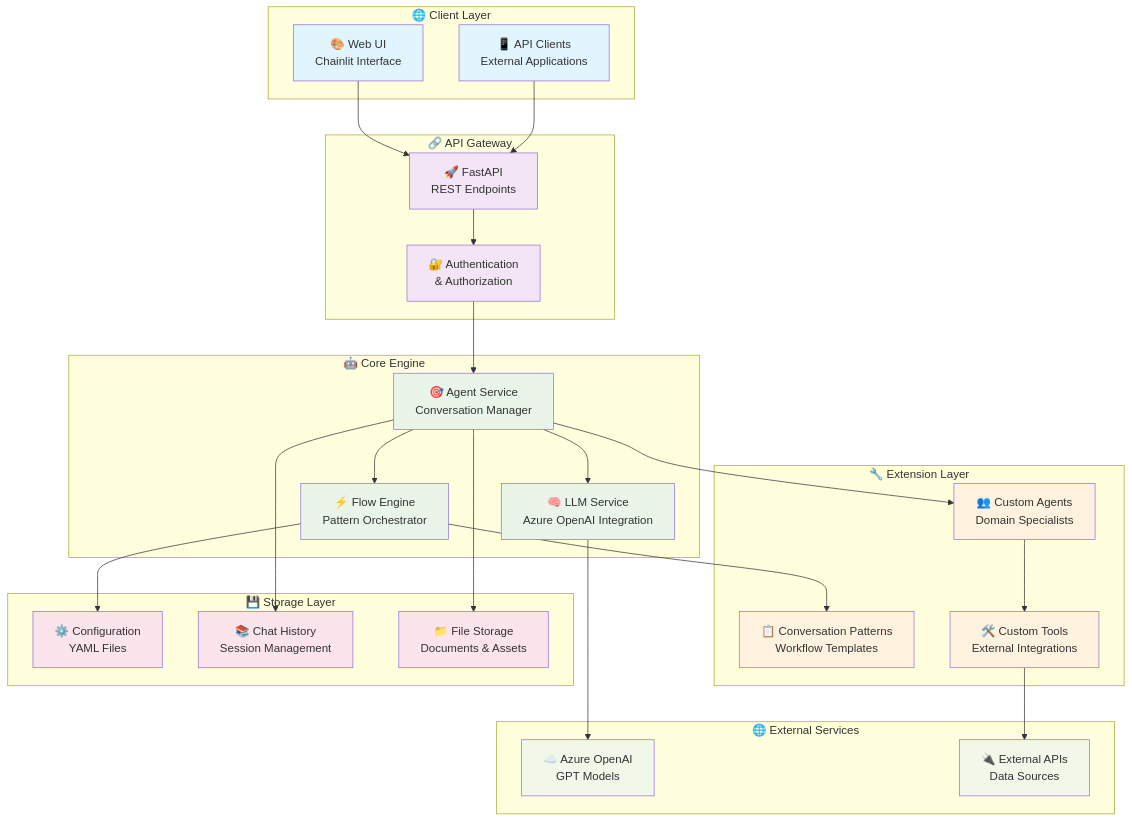
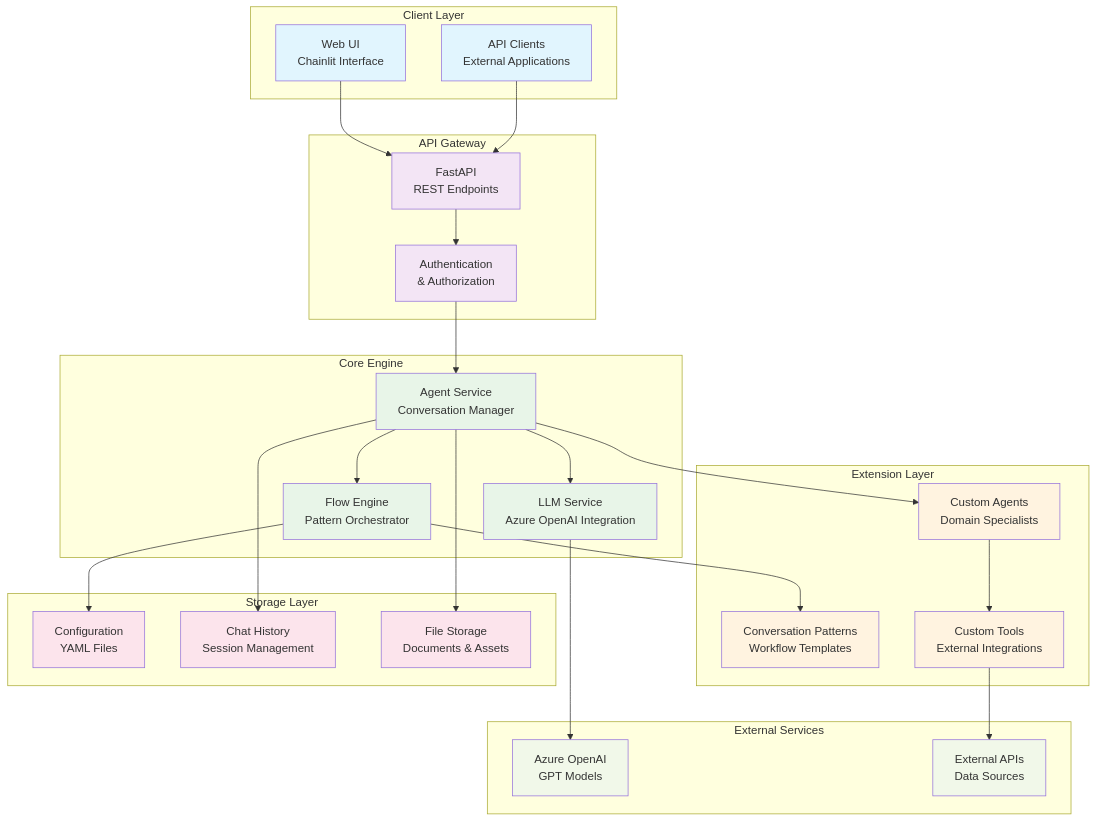
Before and after one commit to the-ingenious-dark-knight/Insight_Ingenious: the first of 13 diagrams in docs/architecture/README.md, drawn with Mermaid. The commit also changed other lines of this file and 13 other files, not shown here.

````diff
--- a/docs/architecture/README.md
+++ b/docs/architecture/README.md
@@ -20,64 +20,64 @@
 ```mermaid
 graph TB
-    subgraph "🌐 Client Layer"
-        UI[🎨 Web UI<br/>Chainlit Interface]
-        API_CLIENT[📱 API Clients<br/>External Applications]
+    subgraph "Client Layer"
+        UI[Web UI<br/>Chainlit Interface]
+        API_CLIENT[API Clients<br/>External Applications]
     end
     
-    subgraph "🔗 API Gateway"
-        API[🚀 FastAPI<br/>REST Endpoints]
-        AUTH[🔐 Authentication<br/>& Authorization]
+    subgraph "API Gateway"
+        API[FastAPI<br/>REST Endpoints]
+        AUTH[Authentication<br/>& Authorization]
     end
     
-    subgraph "🤖 Core Engine"
-        AGENT_SERVICE[🎯 Agent Service<br/>Conversation Manager]
-        FLOW_ENGINE[⚡ Flow Engine<br/>Pattern Orchestrator]
-        LLM_SERVICE[🧠 LLM Service<br/>Azure OpenAI Integration]
+    subgraph "Core Engine"
+        AGENT_SERVICE[Agent Service<br/>Conversation Manager]
+        FLOW_ENGINE[Flow Engine<br/>Pattern Orchestrator]
+        LLM_SERVICE[LLM Service<br/>Azure OpenAI Integration]
     end
     
-    subgraph "🔧 Extension Layer"
-        CUSTOM_AGENTS[👥 Custom Agents<br/>Domain Specialists]
-        PATTERNS[📋 Conversation Patterns<br/>Workflow Templates]
-        TOOLS[🛠️ Custom Tools<br/>External Integrations]
+    subgraph "Extension Layer"
+        CUSTOM_AGENTS[Custom Agents<br/>Domain Specialists]
+        PATTERNS[Conversation Patterns<br/>Workflow Templates]
+        TOOLS[Custom Tools<br/>External Integrations]
     end
     
-    subgraph "💾 Storage Layer"
-        CONFIG[⚙️ Configuration<br/>YAML Files]
-        HISTORY[📚 Chat History<br/>Session Management]
-        FILES[📁 File Storage<br/>Documents & Assets]
+    subgraph "Storage Layer"
+        CONFIG[Configuration<br/>YAML Files]
+        HISTORY[Chat History<br/>Session Management]
+        FILES[File Storage<br/>Documents & Assets]
     end
     
-    subgraph "🌐 External Services"
-        AZURE[☁️ Azure OpenAI<br/>GPT Models]
-        EXTERNAL_API[🔌 External APIs<br/>Data Sources]
+    subgraph "External Services"
+        AZURE[Azure OpenAI<br/>GPT Models]
+        EXTERNAL_API[External APIs<br/>Data Sources]
     end
     
     UI --> API
     API_CLIENT --> API
     API --> AUTH
     AUTH --> AGENT_SERVICE
     AGENT_SERVICE --> FLOW_ENGINE
     AGENT_SERVICE --> LLM_SERVICE
     FLOW_ENGINE --> PATTERNS
     AGENT_SERVICE --> CUSTOM_AGENTS
     CUSTOM_AGENTS --> TOOLS
     LLM_SERVICE --> AZURE
     TOOLS --> EXTERNAL_API
     AGENT_SERVICE --> HISTORY
     FLOW_ENGINE --> CONFIG
     AGENT_SERVICE --> FILES
     
     classDef clientLayer fill:#e1f5fe
     classDef apiLayer fill:#f3e5f5
     classDef coreLayer fill:#e8f5e8
     classDef extensionLayer fill:#fff3e0
     classDef storageLayer fill:#fce4ec
     classDef externalLayer fill:#f1f8e9
     
     class UI,API_CLIENT clientLayer
     class API,AUTH apiLayer
     class AGENT_SERVICE,FLOW_ENGINE,LLM_SERVICE coreLayer
     class CUSTOM_AGENTS,PATTERNS,TOOLS extensionLayer
     class CONFIG,HISTORY,FILES storageLayer
     class AZURE,EXTERNAL_API externalLayer
 ```
````
